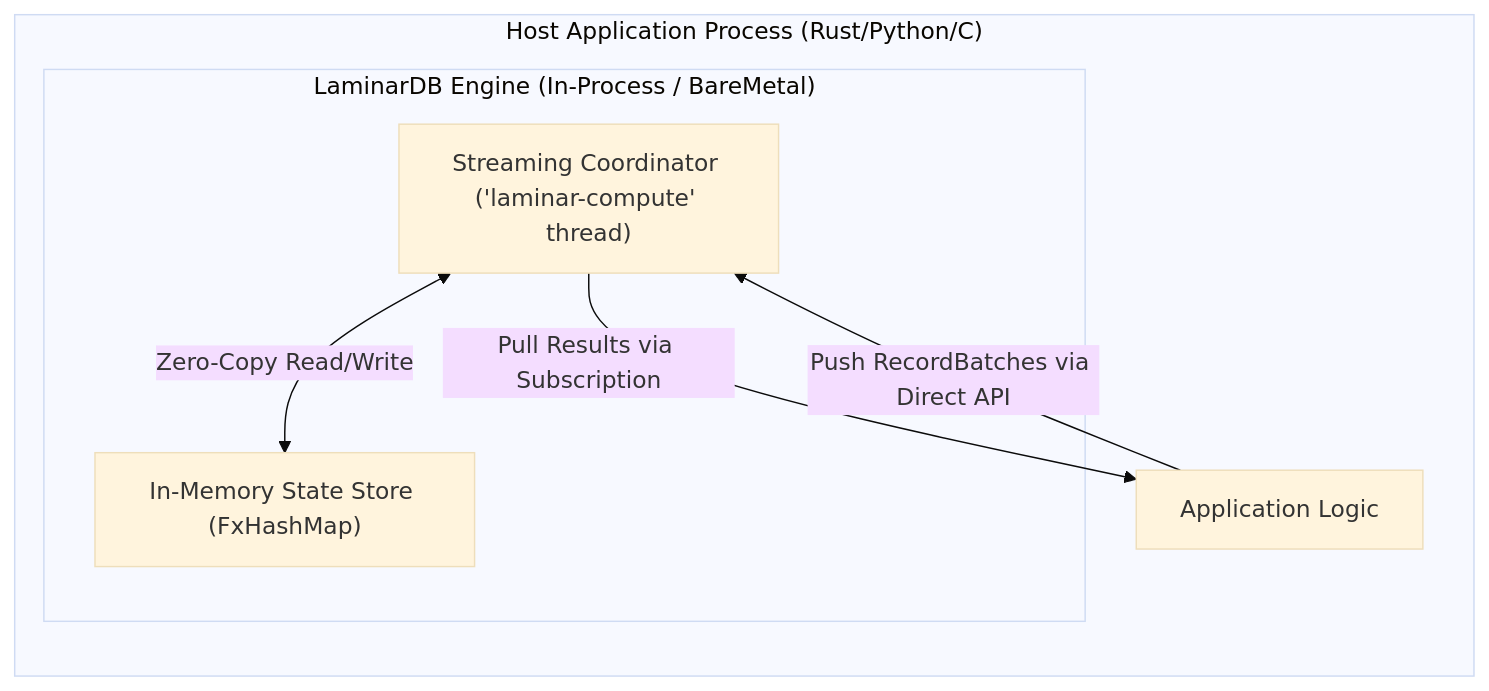
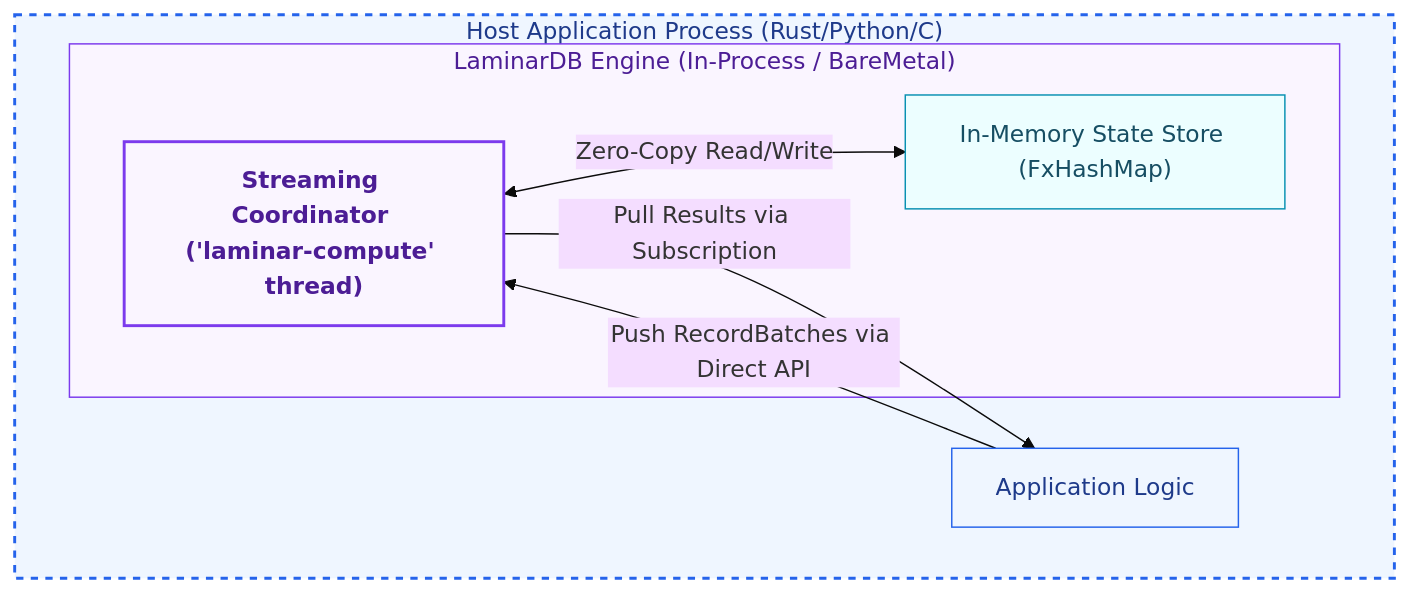
Before and after one commit to laminardb/laminardb: the first of 5 diagrams in README.md, drawn with Mermaid (base theme). The commit also changed other lines of this file, not shown here.

Commit message:
docs: style architecture diagrams with colors and custom classes

````diff
--- a/README.md
+++ b/README.md
@@ -458,14 +458,21 @@
 ```mermaid
 graph TD
+    classDef hostClass fill:#eff6ff,stroke:#2563eb,stroke-width:1px,color:#1e3a8a;
+    classDef appClass fill:#eff6ff,stroke:#2563eb,stroke-width:1px,color:#1e3a8a;
+    classDef coordClass fill:#faf5ff,stroke:#7c3aed,stroke-width:2px,color:#4c1d95,font-weight:bold;
+    classDef stateClass fill:#ecfeff,stroke:#0891b2,stroke-width:1px,color:#164e63;
+
     subgraph HostApp["Host Application Process (Rust/Python/C)"]
-        direction TB
-        App["Application Logic"]
+        App["Application Logic"]:::appClass
         subgraph Engine["LaminarDB Engine (In-Process / BareMetal)"]
-            Coord["Streaming Coordinator ('laminar-compute' thread)"]
-            InMemState["In-Memory State Store (FxHashMap)"]
+            Coord["Streaming Coordinator ('laminar-compute' thread)"]:::coordClass
+            InMemState["In-Memory State Store (FxHashMap)"]:::stateClass
             Coord <-->|Zero-Copy Read/Write| InMemState
         end
         App -->|Push RecordBatches via Direct API| Coord
         Coord -->|Pull Results via Subscription| App
     end
+
+    style HostApp fill:#eff6ff,stroke:#2563eb,stroke-width:2px,stroke-dasharray: 5 5,color:#1e3a8a
+    style Engine fill:#faf5ff,stroke:#7c3aed,color:#4c1d95
 ```
````
